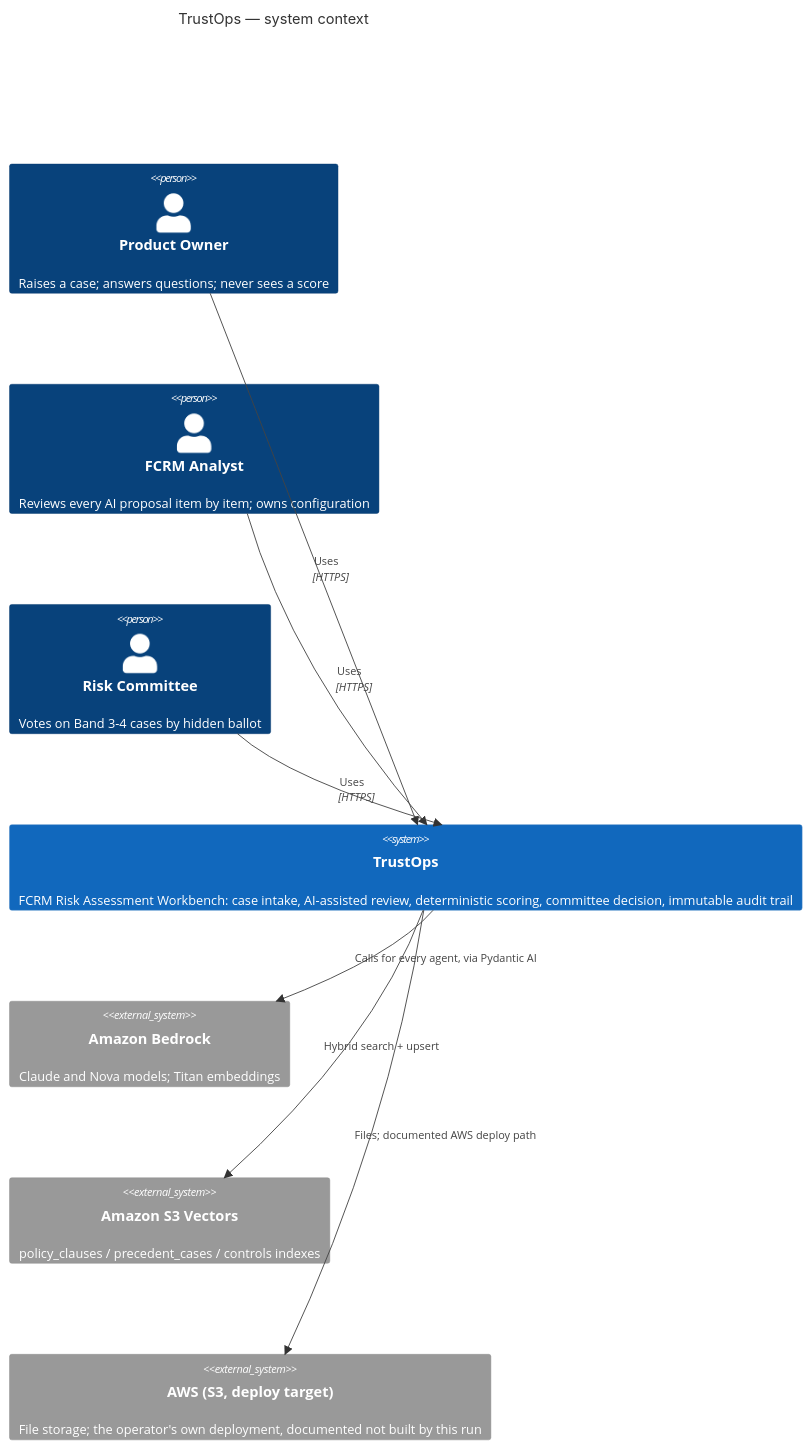
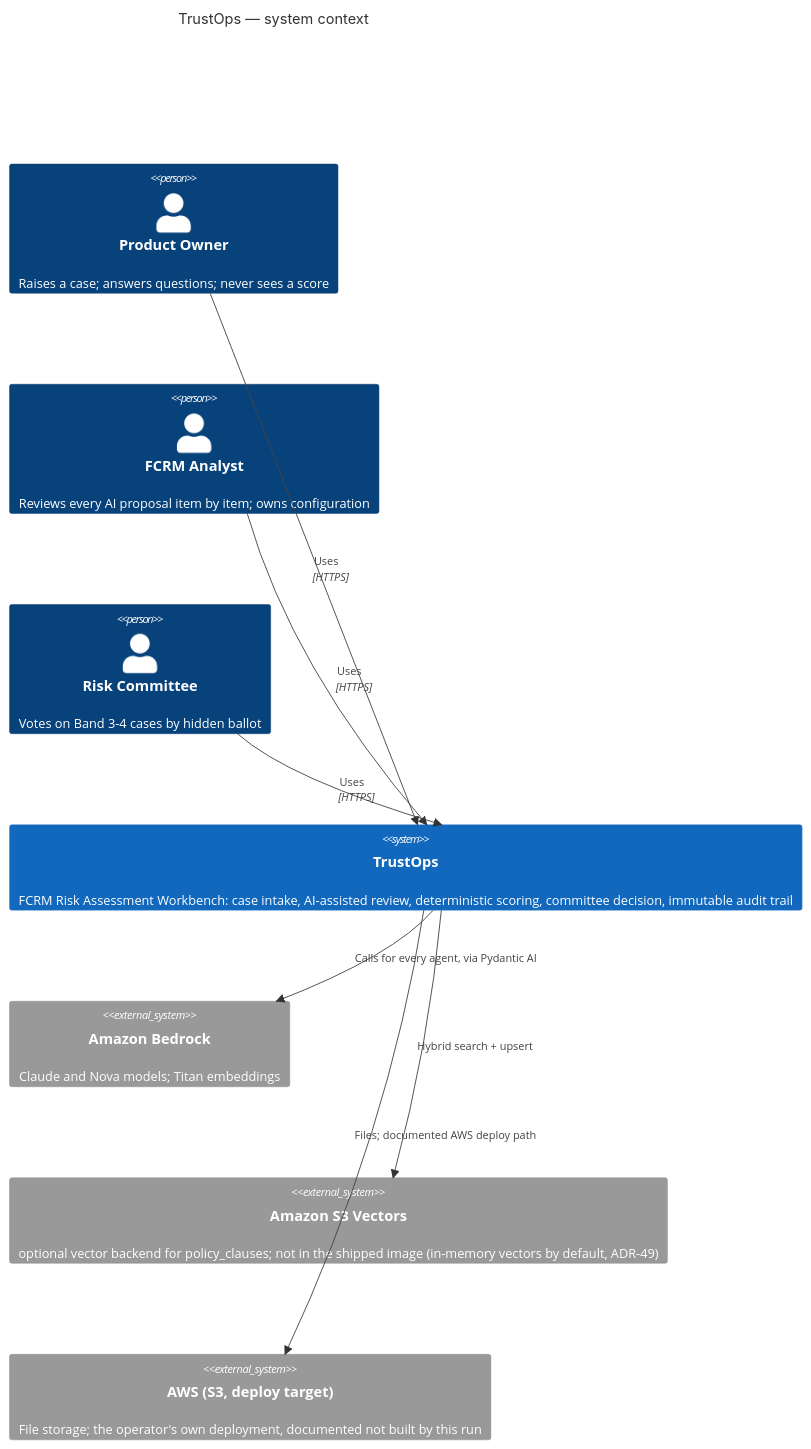
Before and after one commit to abhiMyridius/trustops_fcrm: the diagram in trustops/docs/architecture/c4-context.md, drawn with Mermaid. The commit also changed 30 other files, not shown here.

````diff
--- a/trustops/docs/architecture/c4-context.md
+++ b/trustops/docs/architecture/c4-context.md
@@ -3,21 +3,21 @@
 ```mermaid
 C4Context
   title TrustOps — system context
 
   Person(po, "Product Owner", "Raises a case; answers questions; never sees a score")
   Person(analyst, "FCRM Analyst", "Reviews every AI proposal item by item; owns configuration")
   Person(committee, "Risk Committee", "Votes on Band 3-4 cases by hidden ballot")
 
   System(trustops, "TrustOps", "FCRM Risk Assessment Workbench: case intake, AI-assisted review, deterministic scoring, committee decision, immutable audit trail")
 
   System_Ext(bedrock, "Amazon Bedrock", "Claude and Nova models; Titan embeddings")
-  System_Ext(s3vectors, "Amazon S3 Vectors", "policy_clauses / precedent_cases / controls indexes")
+  System_Ext(s3vectors, "Amazon S3 Vectors", "optional vector backend for policy_clauses; not in the shipped image (in-memory vectors by default, ADR-49)")
   System_Ext(aws, "AWS (S3, deploy target)", "File storage; the operator's own deployment, documented not built by this run")
 
   Rel(po, trustops, "Uses", "HTTPS")
   Rel(analyst, trustops, "Uses", "HTTPS")
   Rel(committee, trustops, "Uses", "HTTPS")
   Rel(trustops, bedrock, "Calls for every agent, via Pydantic AI")
   Rel(trustops, s3vectors, "Hybrid search + upsert")
   Rel(trustops, aws, "Files; documented AWS deploy path")
 ```
````
